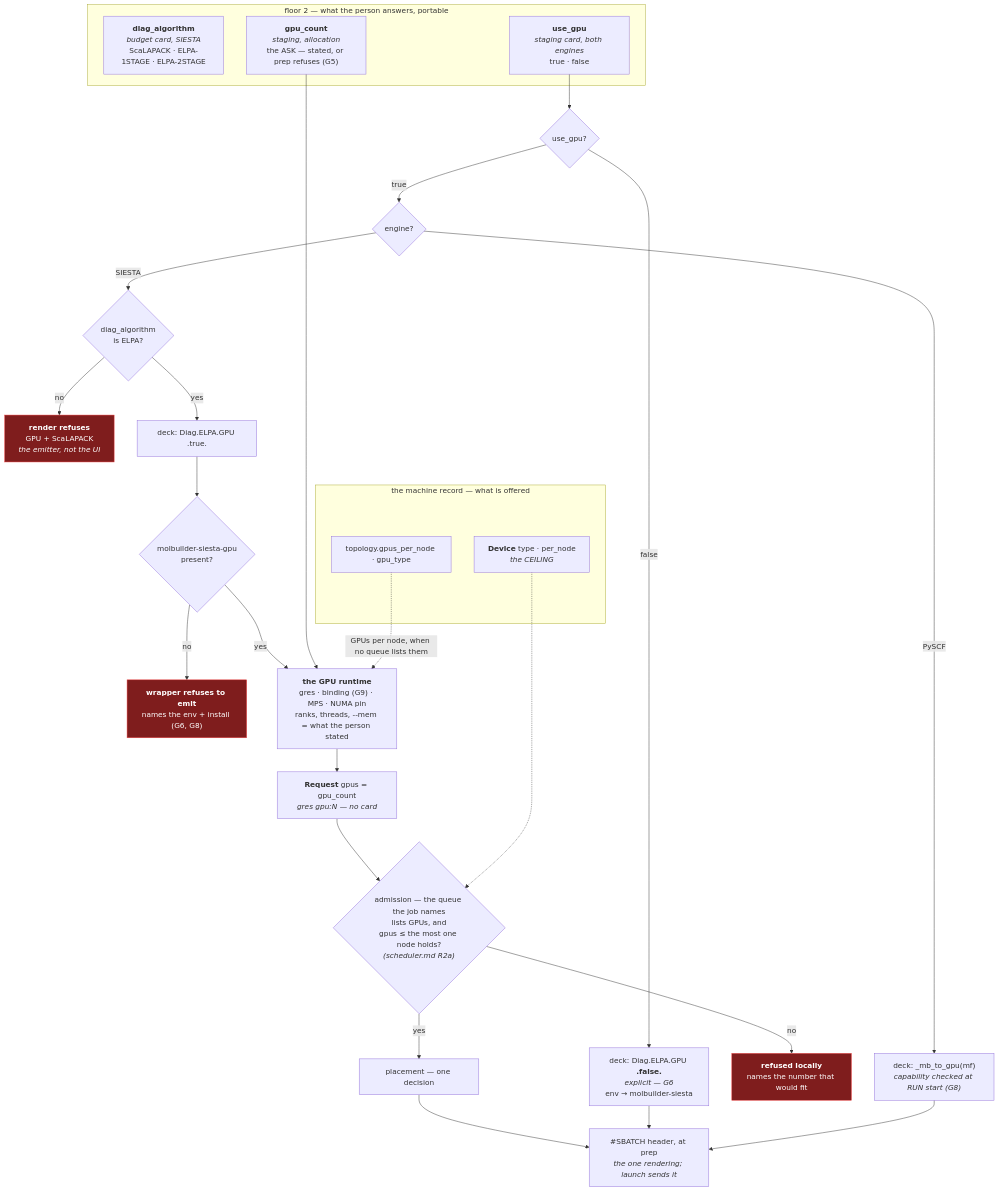
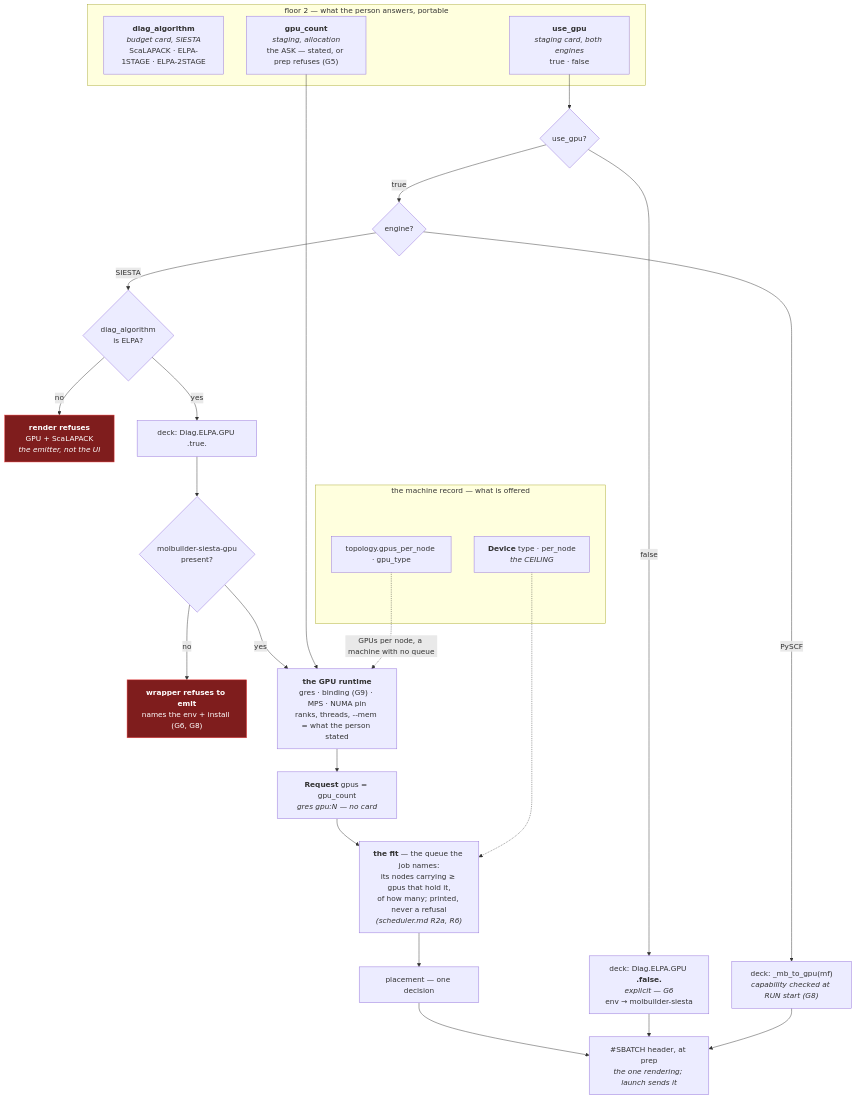
One commit to Qing-LAB/molbuilder changed the diagram in docs/execution/gpu.md. Above: the diagram before and after it, drawn with Mermaid. The commit also changed other lines of this file and 66 other files, not shown here.

First line of the commit message:
The machine's record is shown, never a veto (2.11.0)

````diff
--- a/docs/execution/gpu.md
+++ b/docs/execution/gpu.md
@@ -202,42 +200,41 @@
 ```mermaid
 flowchart TB
     subgraph ASK["floor 2 — what the person answers, portable"]
         SOLVER["<b>diag_algorithm</b><br/><i>budget card, SIESTA</i><br/>ScaLAPACK · ELPA-1STAGE · ELPA-2STAGE"]
         WANT["<b>use_gpu</b><br/><i>staging card, both engines</i><br/>true · false"]
         COUNT["<b>gpu_count</b><br/><i>staging, allocation</i><br/>the ASK — stated, or prep refuses (G5)"]
     end
 
     subgraph MACH["the machine record — what is offered"]
         DEV["<b>Device</b> type · per_node<br/><i>the CEILING</i>"]
         TOPO["topology.gpus_per_node · gpu_type"]
     end
 
     WANT --> Q1{"use_gpu?"}
     Q1 -->|false| CPU["deck: Diag.ELPA.GPU <b>.false.</b><br/><i>explicit — G6</i><br/>env → molbuilder-siesta"]
     Q1 -->|true| Q2{"engine?"}
 
     Q2 -->|SIESTA| Q3{"diag_algorithm<br/>is ELPA?"}
     Q3 -->|no| REFUSE1["<b>render refuses</b><br/>GPU + ScaLAPACK<br/><i>the emitter, not the UI</i>"]
     Q3 -->|yes| DECK["deck: Diag.ELPA.GPU .true."]
     Q2 -->|PySCF| PYDECK["deck: _mb_to_gpu(mf)<br/><i>capability checked at RUN start (G8)</i>"]
 
     DECK --> ENV{"molbuilder-siesta-gpu<br/>present?"}
     ENV -->|no| REFUSE2["<b>wrapper refuses to emit</b><br/>names the env + install (G6, G8)"]
     ENV -->|yes| RT["<b>the GPU runtime</b><br/>gres · binding (G9) · MPS · NUMA pin<br/>ranks, threads, --mem = what the person stated"]
 
     COUNT --> RT
-    TOPO -.->|"GPUs per node, when no queue lists them"| RT
+    TOPO -.->|"GPUs per node, a machine with no queue"| RT
     RT --> REQ["<b>Request</b> gpus = gpu_count<br/><i>gres gpu:N — no card</i>"]
 
-    REQ --> ADMIT{"admission — the queue the job names<br/>lists GPUs, and<br/>gpus ≤ the most one node holds?<br/><i>(scheduler.md R2a)</i>"}
-    DEV -.-> ADMIT
-    ADMIT -->|no| REFUSE3["<b>refused locally</b><br/>names the number that would fit"]
-    ADMIT -->|yes| PLACE["placement — one decision"]
+    REQ --> FIT["<b>the fit</b> — the queue the job names:<br/>its nodes carrying ≥ gpus that hold it,<br/>of how many; printed, never a refusal<br/><i>(scheduler.md R2a, R6)</i>"]
+    DEV -.-> FIT
+    FIT --> PLACE["placement — one decision"]
     PLACE --> OUT["#SBATCH header, at prep<br/><i>the one rendering; launch sends it</i>"]
 
     CPU --> OUT
     PYDECK --> OUT
 
     classDef refuse fill:#7f1d1d,stroke:#ef4444,color:#fff
-    class REFUSE1,REFUSE2,REFUSE3 refuse
+    class REFUSE1,REFUSE2 refuse
 ```
````
